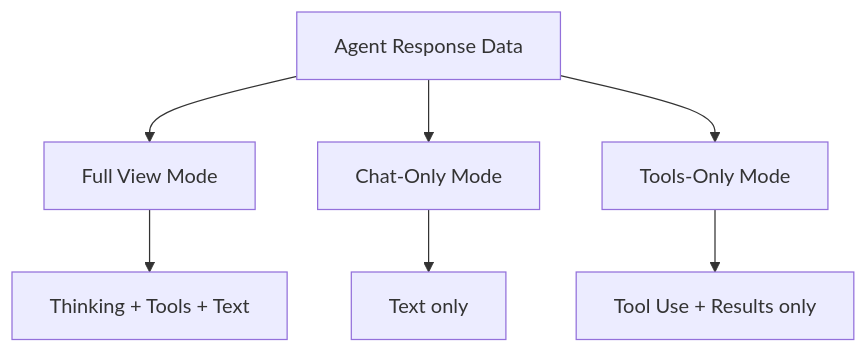
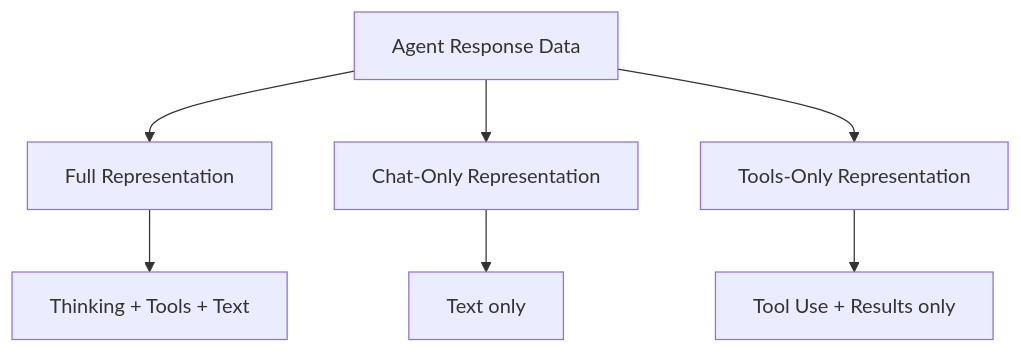
The diagram in docs/2-spec/014-view-architecture.md (loupgaroublond/the-tavern-at-the-spillway), drawn with Mermaid before and after one commit. The commit also changed other lines of this file and 97 other files, not shown here.

````diff
--- a/docs/2-spec/014-view-architecture.md
+++ b/docs/2-spec/014-view-architecture.md
@@ -151,10 +176,10 @@
 ```mermaid
 flowchart TD
-    Data[Agent Response Data] --> VM1[Full View Mode]
-    Data --> VM2[Chat-Only Mode]
-    Data --> VM3[Tools-Only Mode]
+    Data[Agent Response Data] --> VM1[Full Representation]
+    Data --> VM2[Chat-Only Representation]
+    Data --> VM3[Tools-Only Representation]
 
     VM1 --> All[Thinking + Tools + Text]
     VM2 --> Chat[Text only]
     VM3 --> Tools[Tool Use + Results only]
 ```
````
